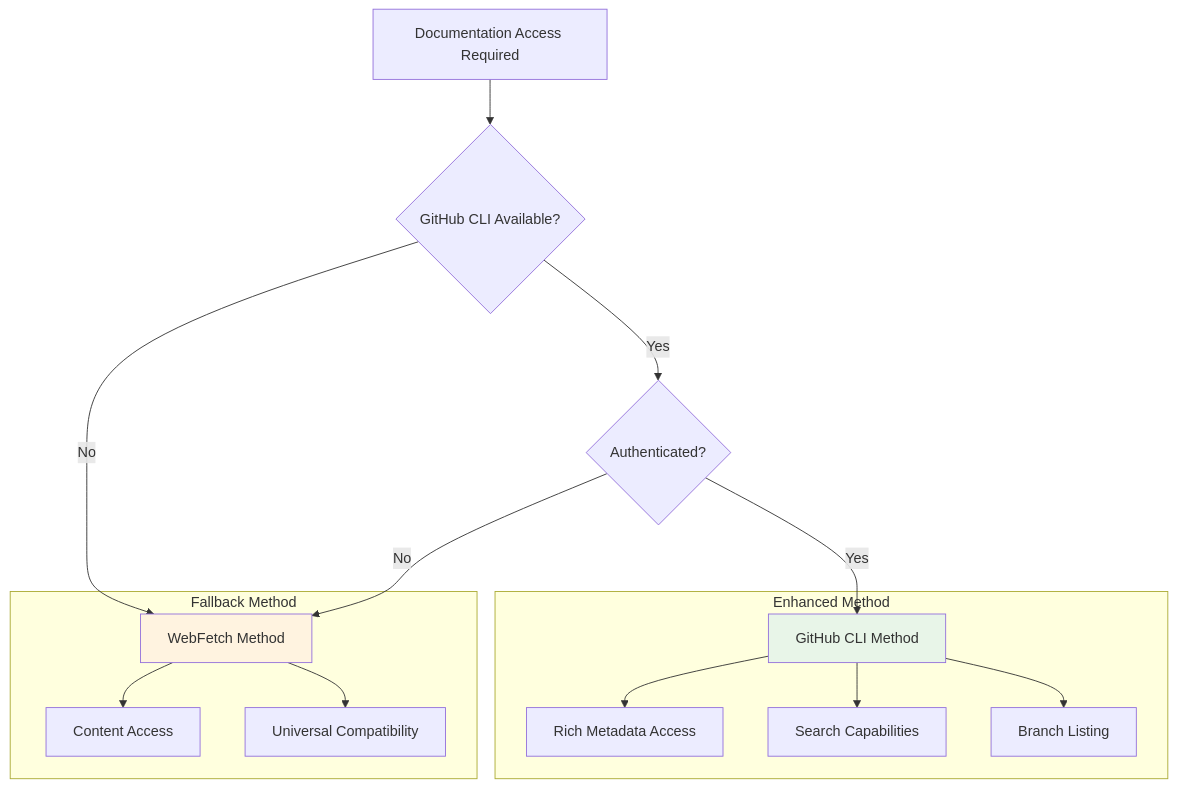
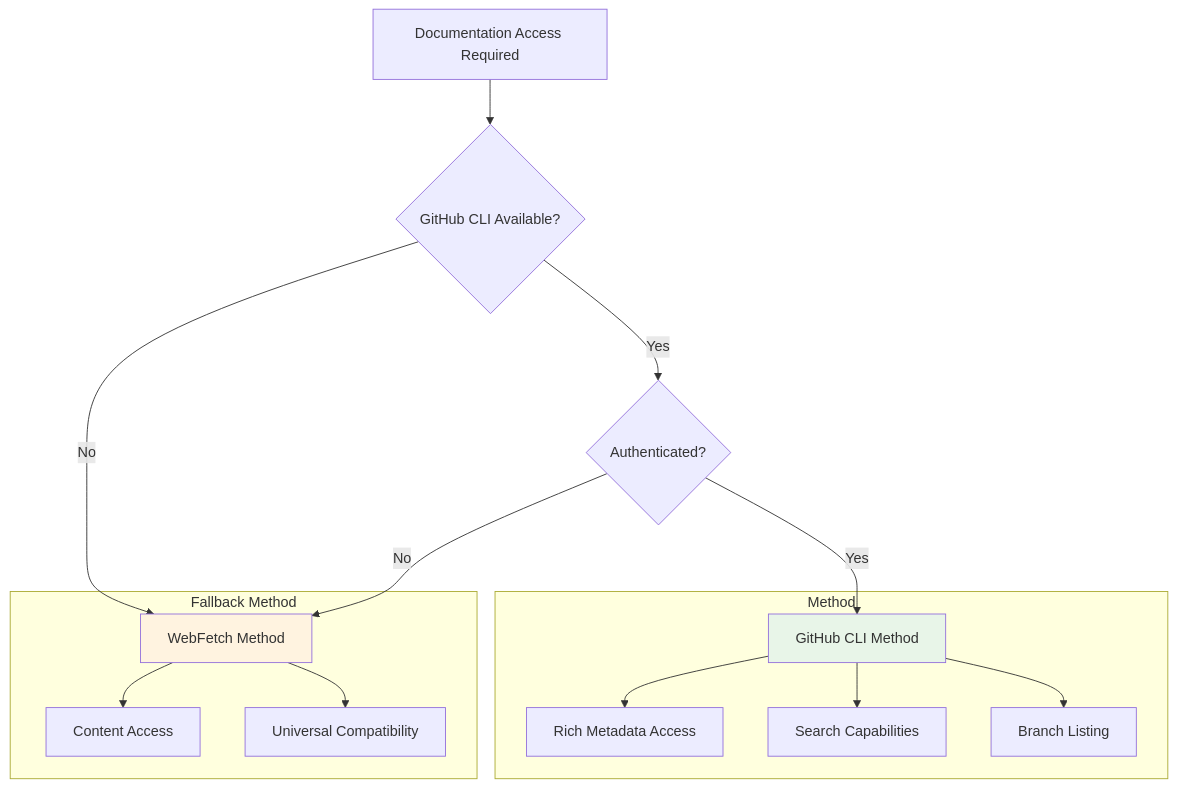
Diagram 12 of 26 in apps/claude-test-generator/docs/framework-workflow-details.md (stolostron/ai-test-gen), drawn with Mermaid before and after one commit. The commit also changed other lines of this file and 64 other files, not shown here.

````diff
--- a/apps/claude-test-generator/docs/framework-workflow-details.md
+++ b/apps/claude-test-generator/docs/framework-workflow-details.md
@@ -877,35 +799,35 @@
 ```mermaid
 flowchart TD
     START[Documentation Access Required]
     CHECK_CLI{GitHub CLI Available?}
     CHECK_AUTH{Authenticated?}
     
-    subgraph "Enhanced Method"
+    subgraph "Method"
         GITHUB_CLI[GitHub CLI Method]
         RICH[Rich Metadata Access]
         ADVANCED[Search Capabilities]
         BRANCHES[Branch Listing]
     end
     
     subgraph "Fallback Method"
         WEBFETCH[WebFetch Method]
         CONTENT[Content Access]
         UNIVERSAL[Universal Compatibility]
     end
     
     START --> CHECK_CLI
     CHECK_CLI -->|Yes| CHECK_AUTH
     CHECK_CLI -->|No| WEBFETCH
     CHECK_AUTH -->|Yes| GITHUB_CLI
     CHECK_AUTH -->|No| WEBFETCH
     
     GITHUB_CLI --> RICH
     GITHUB_CLI --> ADVANCED
     GITHUB_CLI --> BRANCHES
     
     WEBFETCH --> CONTENT
     WEBFETCH --> UNIVERSAL
     
     style GITHUB_CLI fill:#e8f5e8
     style WEBFETCH fill:#fff3e0
 ```
````
